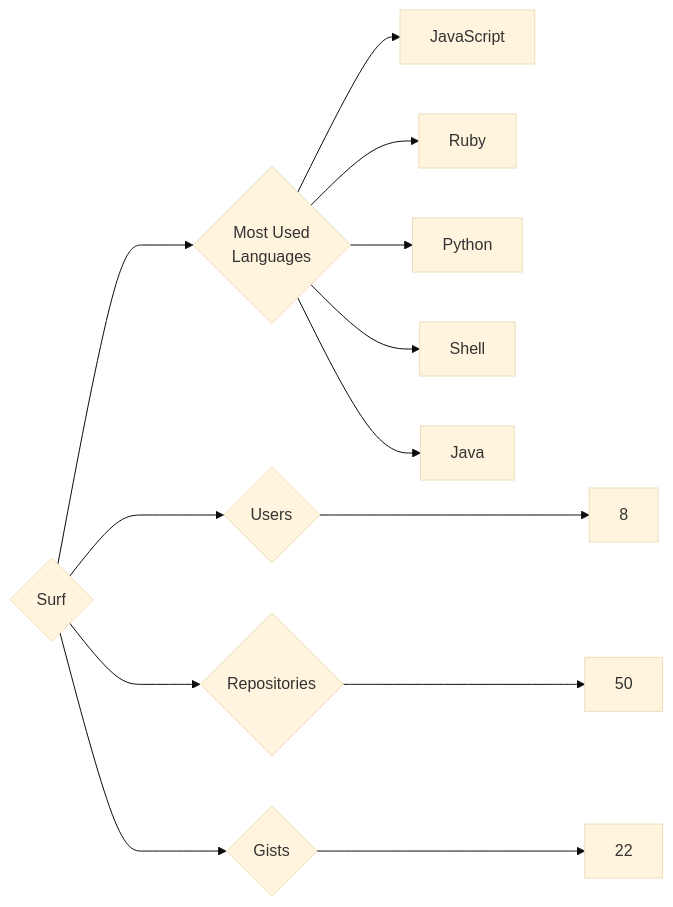
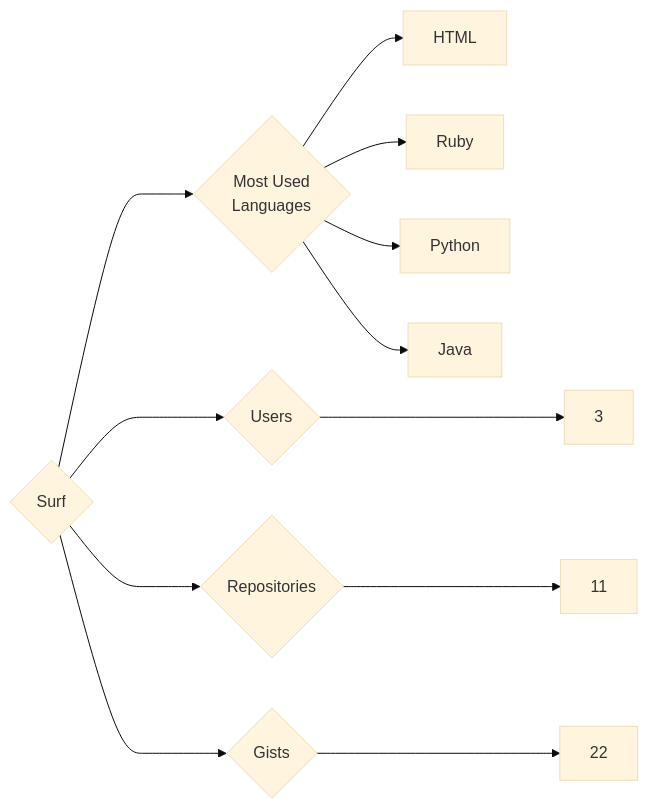
Before and after one commit to trickest/insiders: the diagram in targets/Surf/README.md, drawn with Mermaid (base theme). The commit also changed 895 other files, not shown here.

````diff
--- a/targets/Surf/README.md
+++ b/targets/Surf/README.md
@@ -3,13 +3,12 @@
 ```mermaid
 graph LR
 COMPANY_NAME{Surf}
-COMPANY_NAME ---> U{Users} ---> UN[8]
-COMPANY_NAME ---> R{Repositories} ---> RN[50]
+COMPANY_NAME ---> U{Users} ---> UN[3]
+COMPANY_NAME ---> R{Repositories} ---> RN[11]
 COMPANY_NAME ---> G{Gists} ---> GN[22]
 COMPANY_NAME ---> ML{Most Used<br>Languages}
-ML --> JavaScript[JavaScript]
+ML --> HTML[HTML]
 ML --> Ruby[Ruby]
 ML --> Python[Python]
-ML --> Shell[Shell]
 ML --> Java[Java]
 ```
````
